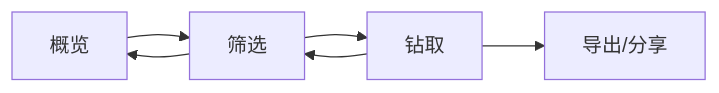
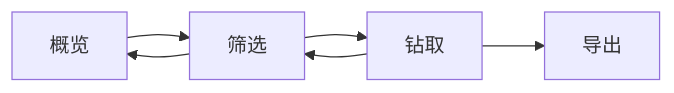
The first of 3 diagrams in src/site/notes/08-财务专业/财务BI看板项目/设计稿/交互设计/财务看板交互指南.md (amcoimg/my-digital-garden), drawn with Mermaid before and after one commit. The commit also changed other lines of this file, not shown here.

````diff
--- a/src/site/notes/08-财务专业/财务BI看板项目/设计稿/交互设计/财务看板交互指南.md
+++ b/src/site/notes/08-财务专业/财务BI看板项目/设计稿/交互设计/财务看板交互指南.md
@@ -28,8 +26,8 @@
 ```mermaid
 graph LR
     A[概览] --> B[筛选]
     B --> C[钻取]
-    C --> D[导出/分享]
+    C --> D[导出]
     C --> B
     B --> A
 ```
````
